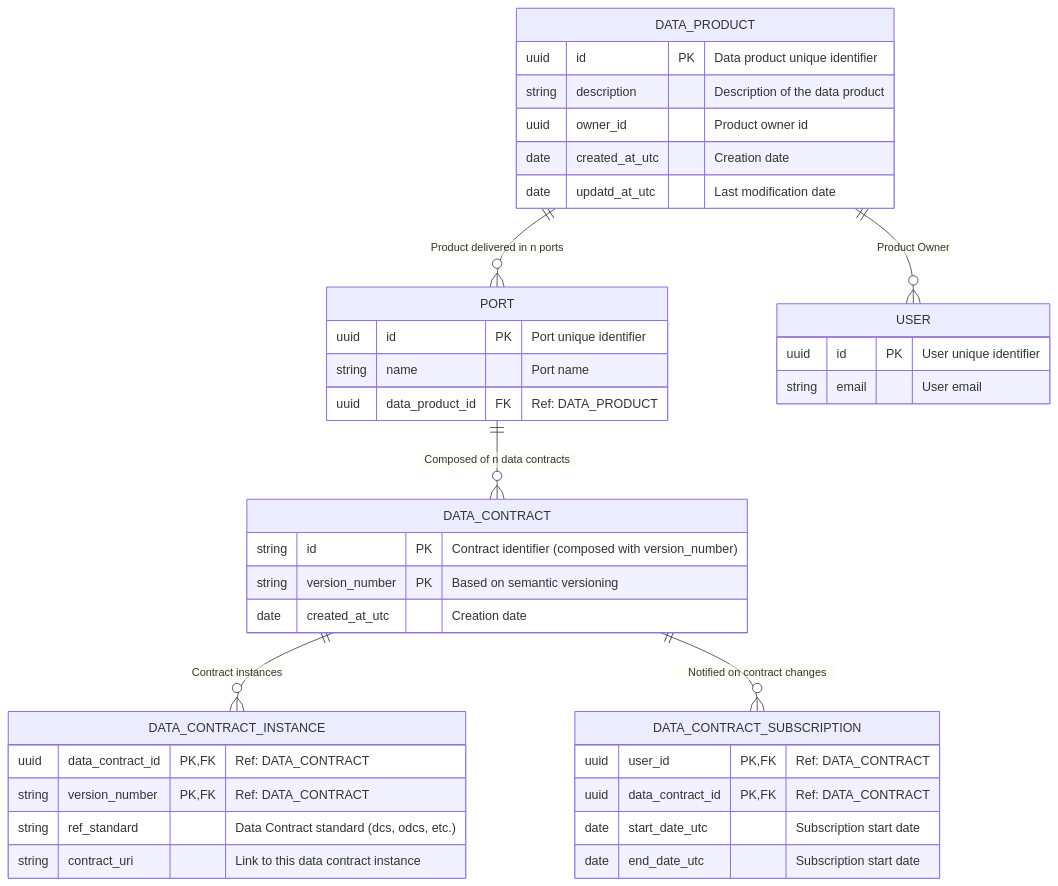
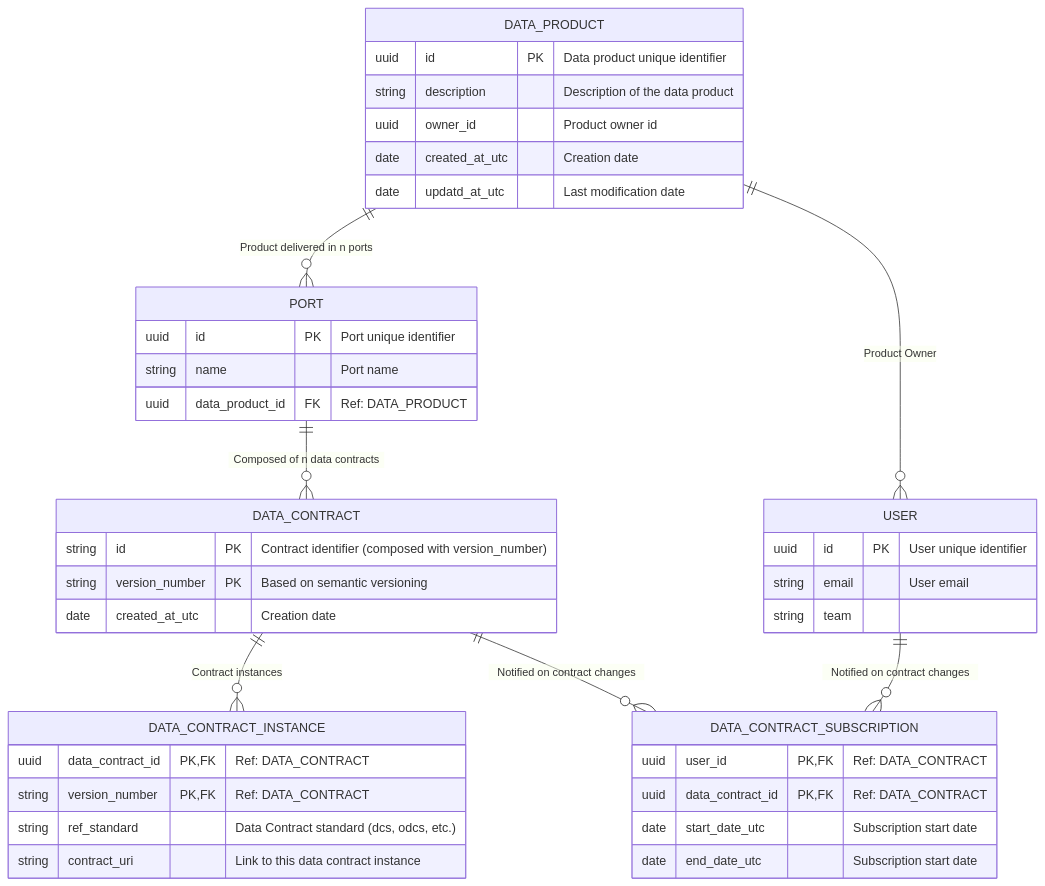
Before and after one commit to monmaya/base-impl: the diagram in docs/relational_model.md, drawn with Mermaid.

````diff
--- a/docs/relational_model.md
+++ b/docs/relational_model.md
@@ -5,51 +5,53 @@
 ```mermaid
 
 erDiagram
 
     DATA_PRODUCT {
         uuid id PK "Data product unique identifier"
         string description "Description of the data product"
         uuid owner_id "Product owner id"
         date created_at_utc "Creation date"
         date updatd_at_utc "Last modification date"
     }
 
     PORT {
         uuid id PK "Port unique identifier"
         string name "Port name"
         uuid data_product_id FK "Ref: DATA_PRODUCT"
     }
 
     DATA_CONTRACT {
         string id PK "Contract identifier (composed with version_number)"
         string version_number PK "Based on semantic versioning"
         date created_at_utc "Creation date"
     }
 
     DATA_CONTRACT_INSTANCE {
         uuid data_contract_id PK, FK "Ref: DATA_CONTRACT"
         string version_number PK, FK "Ref: DATA_CONTRACT"
         string ref_standard "Data Contract standard (dcs, odcs, etc.)"
         string contract_uri "Link to this data contract instance"
     }
     
     DATA_CONTRACT_SUBSCRIPTION {
         uuid user_id PK, FK "Ref: DATA_CONTRACT"
         uuid data_contract_id PK, FK "Ref: DATA_CONTRACT"
         date start_date_utc "Subscription start date"
         date end_date_utc "Subscription start date"
     }
 
     USER {
         uuid id PK "User unique identifier"
         string email "User email"
+        string team
     }
 
     DATA_PRODUCT ||--o{ PORT : "Product delivered in n ports"
     DATA_PRODUCT ||--o{ USER : "Product Owner"
     PORT ||--o{ DATA_CONTRACT : "Composed of n data contracts"
     DATA_CONTRACT ||--o{ DATA_CONTRACT_INSTANCE : "Contract instances"
     DATA_CONTRACT ||--o{ DATA_CONTRACT_SUBSCRIPTION : "Notified on contract changes"
+    USER ||--o{ DATA_CONTRACT_SUBSCRIPTION : "Notified on contract changes"
 
 
   ```
````
